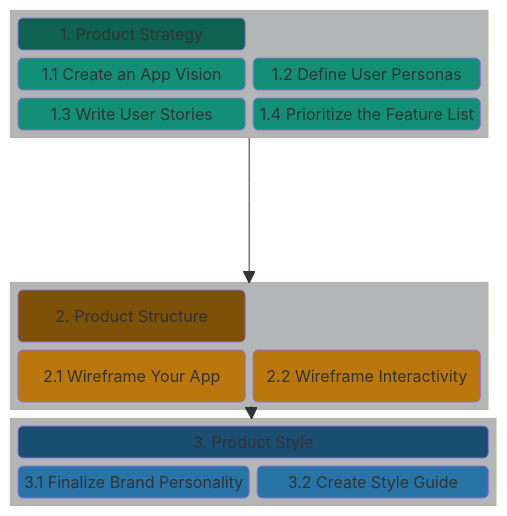
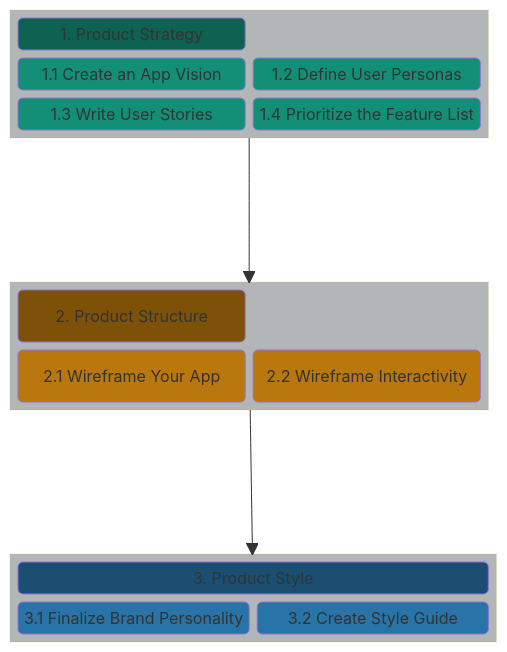
One commit to chingu-voyages/Handbook changed the first of 3 diagrams in docs/resources/techresources/uiux.md. Above: the diagram before and after it, drawn with Mermaid.

Commit message:
Feature: Remove unneccessary style step

````diff
--- a/docs/resources/techresources/uiux.md
+++ b/docs/resources/techresources/uiux.md
@@ -15,45 +15,46 @@
 ```mermaid
 block-beta
 columns 1
   block:STRATEGY
     columns 2
     A("1. Product Strategy"):2
     B("1.1 Create an App Vision")
     C("1.2 Define User Personas")
     D("1.3 Write User Stories")
     E("1.4 Prioritize the Feature List")
   end
   space
   block:STRUCTURE
     columns 2
     G("2. Product Structure"):2
     J("2.1 Wireframe Your App")
     L("2.2 Wireframe Interactivity")
   end
+  space
   STRATEGY --> STRUCTURE
   block:STYLE
     columns 2
     M("3. Product Style"):2
     N("3.1 Finalize Brand Personality")
     O("3.2 Create Style Guide")
   end
   space
   STRUCTURE --> STYLE
   style A fill:#0e6251
   style B fill:#148f77
   style C fill:#148f77
   style D fill:#148f77
   style E fill:#148f77
 
   style G fill:#7e5109
   style J fill:#b9770e
   style L fill:#b9770e
 
   style M fill:#1b4f72
   style N fill:#2874a6
   style O fill:#2874a6
 
   style STRATEGY fill:#b3b6b7
   style STRUCTURE fill:#b3b6b7
   style STYLE fill:#b3b6b7
 ```
````
